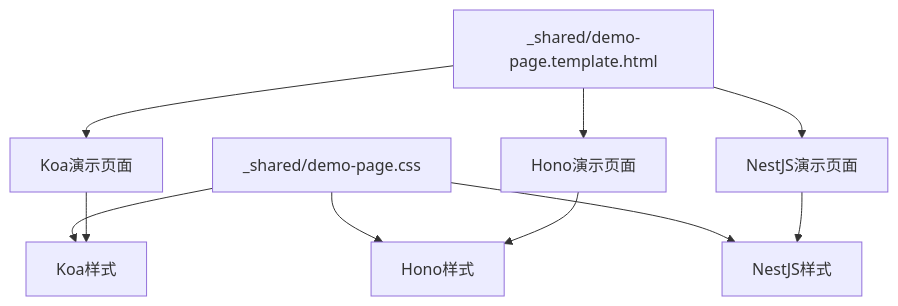
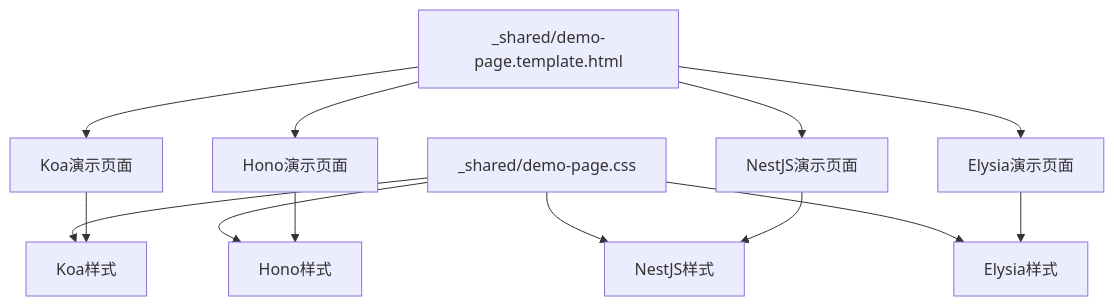
One commit to esa-sp/test-for-aone-ci changed the eighth of 9 diagrams in .qoder/repowiki/zh/content/后端框架测试/Koa、Hono、NestJS框架测试.md. Above: the diagram before and after it, drawn with Mermaid. The commit also changed other lines of this file and 15 other files, not shown here.

````diff
--- a/.qoder/repowiki/zh/content/后端框架测试/Koa、Hono、NestJS框架测试.md
+++ b/.qoder/repowiki/zh/content/后端框架测试/Koa、Hono、NestJS框架测试.md
@@ -355,12 +471,15 @@
 ```mermaid
 graph TB
 SharedTemplate["_shared/demo-page.template.html"] --> KoaDemo["Koa演示页面"]
 SharedTemplate --> HonoDemo["Hono演示页面"]
 SharedTemplate --> NestDemo["NestJS演示页面"]
+SharedTemplate --> ElysiaDemo["Elysia演示页面"]
 SharedCSS["_shared/demo-page.css"] --> KoaCSS["Koa样式"]
 SharedCSS --> HonoCSS["Hono样式"]
 SharedCSS --> NestCSS["NestJS样式"]
+SharedCSS --> ElysiaCSS["Elysia样式"]
 KoaDemo --> KoaCSS
 HonoDemo --> HonoCSS
 NestDemo --> NestCSS
+ElysiaDemo --> ElysiaCSS
 ```
````
